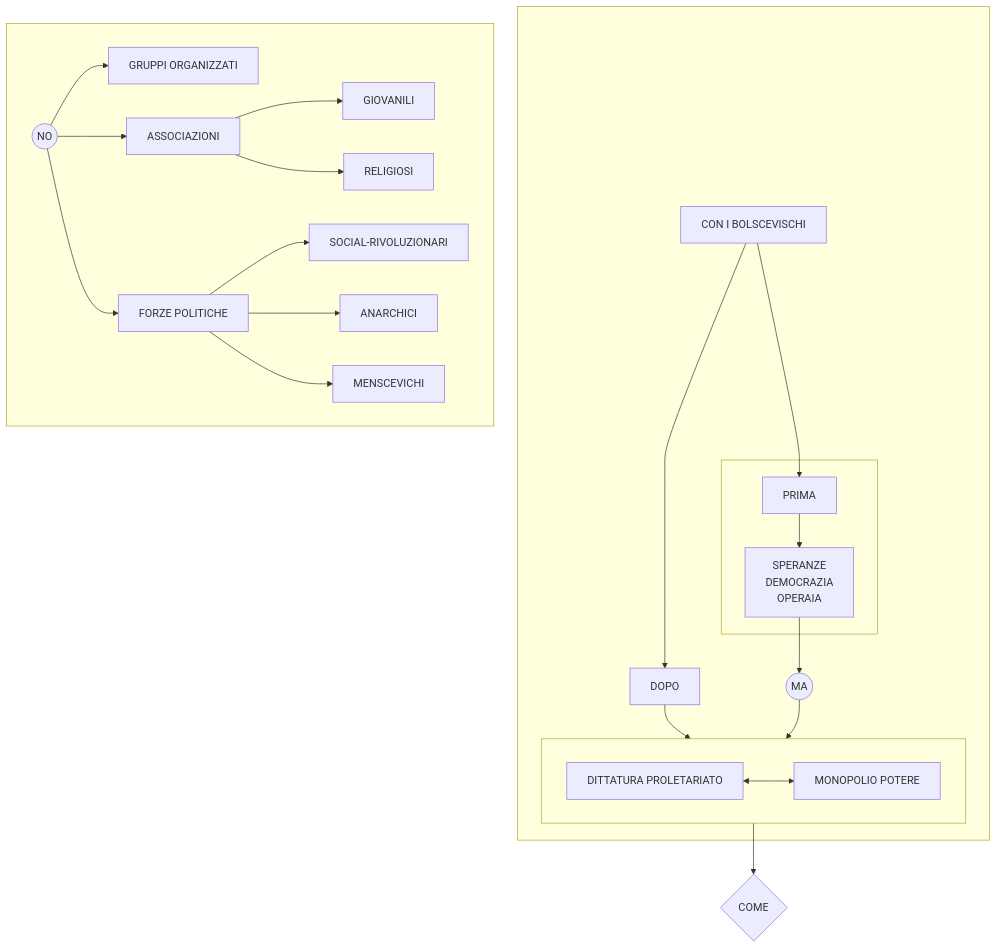
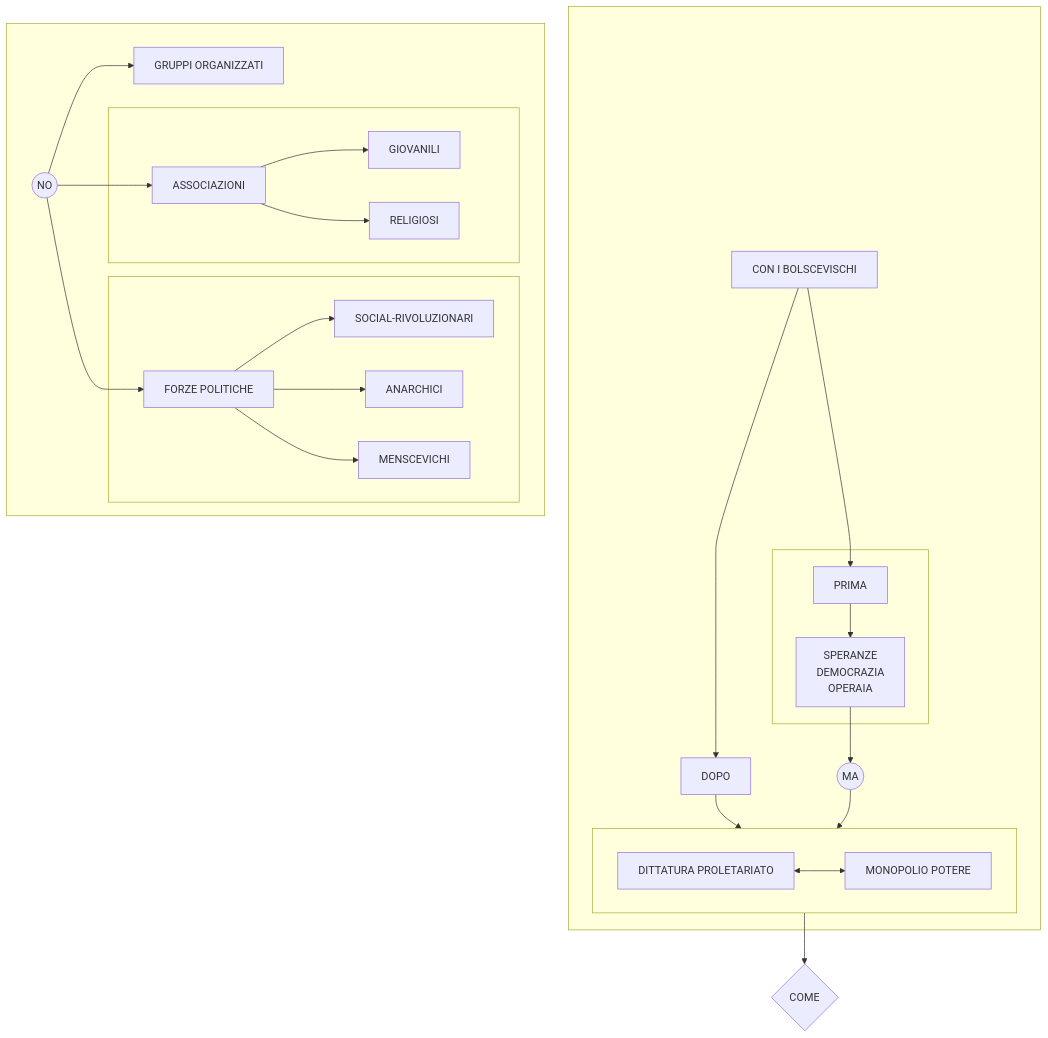
One commit to Laaouatni/ricerca-storia-MermaidJS changed the diagram in prova.md. Above: the diagram before and after it, drawn with Mermaid.

````diff
--- a/prova.md
+++ b/prova.md
@@ -1,37 +1,41 @@
 ```mermaid
 flowchart TB
   subgraph 42[" "]
     0[CON I BOLSCEVISCHI]
     subgraph 3[" "]
       1[PRIMA]
       10[SPERANZE <br> DEMOCRAZIA <br> OPERAIA]
       1 --> 10
     end
     2[DOPO]
     0 --> 1 & 2
     subgraph 4[" "]
       40[DITTATURA PROLETARIATO]
       400[MONOPOLIO POTERE]
       40 <--> 400
     end
     2 --> 4
     41((MA))
     10 --> 41 --> 4
   end
   5{COME}
   4 --> 5
   subgraph 6[" "]
     60((NO))
     61[GRUPPI ORGANIZZATI]
-    62[ASSOCIAZIONI]
-    620[GIOVANILI]
-    621[RELIGIOSI]
-    63[FORZE POLITICHE]
-    630[SOCIAL-RIVOLUZIONARI]
-    631[ANARCHICI]
-    632[MENSCEVICHI]
+    subgraph 64[" "]
+      62[ASSOCIAZIONI]
+      620[GIOVANILI]
+      621[RELIGIOSI]
+    end
+    subgraph 65[" "]
+      63[FORZE POLITICHE]
+      630[SOCIAL-RIVOLUZIONARI]
+      631[ANARCHICI]
+      632[MENSCEVICHI]
+    end
     60 --> 61 & 62 & 63
     63 --> 630 & 631 & 632
     62 --> 620 & 621
   end
 ```
````
